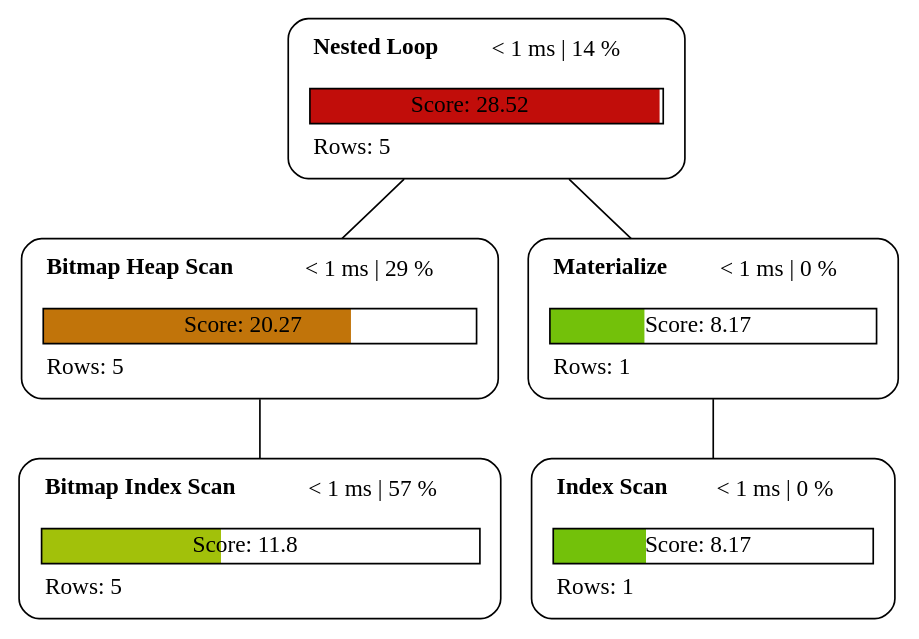
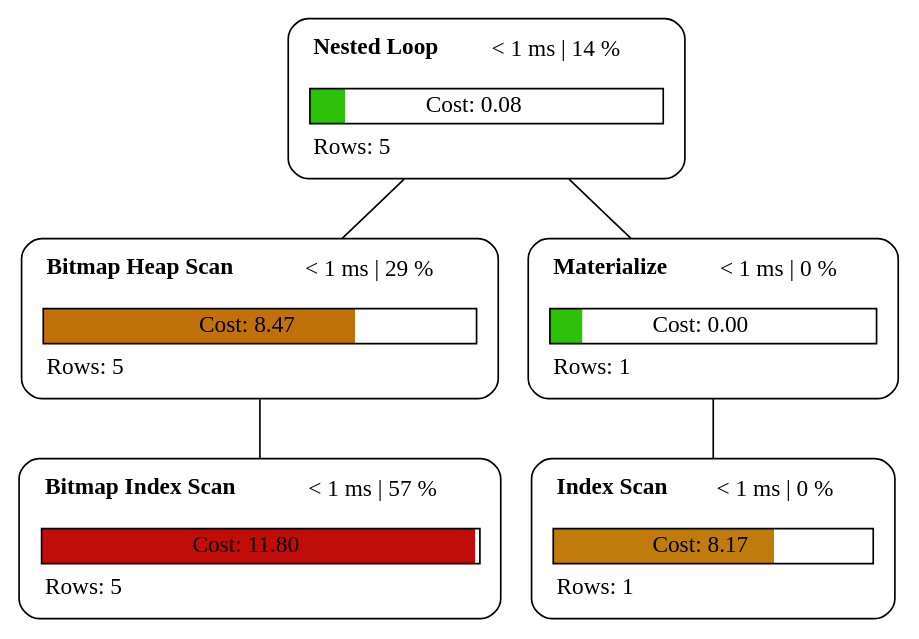
The diagram in examples/plan_1.dot (sanpii/explain), drawn with Graphviz before and after one commit. The commit also changed 16 other files, not shown here.

```diff
--- a/examples/plan_1.dot
+++ b/examples/plan_1.dot
@@ -1,11 +1,11 @@
 graph explain {
-    node0[label=<<table border="0" cellborder="0" cellspacing="5"><tr><td align="left"><b>Nested Loop</b></td><td>&lt; 1 ms | 14 %</td></tr><tr><td colspan="2" align="left"></td></tr><tr><td colspan="2" border="1" bgcolor="#c10d0a;0.99:white">Score: 28.52</td></tr><tr><td colspan="2" align="left">Rows: 5</td></tr></table>>][style="rounded"][shape="box"];
-    node1[label=<<table border="0" cellborder="0" cellspacing="5"><tr><td align="left"><b>Bitmap Heap Scan</b></td><td>&lt; 1 ms | 29 %</td></tr><tr><td colspan="2" align="left"></td></tr><tr><td colspan="2" border="1" bgcolor="#c1740a;0.71:white">Score: 20.27</td></tr><tr><td colspan="2" align="left">Rows: 5</td></tr></table>>][style="rounded"][shape="box"];
-    node2[label=<<table border="0" cellborder="0" cellspacing="5"><tr><td align="left"><b>Bitmap Index Scan</b></td><td>&lt; 1 ms | 57 %</td></tr><tr><td colspan="2" align="left"></td></tr><tr><td colspan="2" border="1" bgcolor="#a2c10a;0.41:white">Score: 11.8</td></tr><tr><td colspan="2" align="left">Rows: 5</td></tr></table>>][style="rounded"][shape="box"];
-    node3[label=<<table border="0" cellborder="0" cellspacing="5"><tr><td align="left"><b>Materialize</b></td><td>&lt; 1 ms | 0 %</td></tr><tr><td colspan="2" align="left"></td></tr><tr><td colspan="2" border="1" bgcolor="#73c10a;0.29:white">Score: 8.17</td></tr><tr><td colspan="2" align="left">Rows: 1</td></tr></table>>][style="rounded"][shape="box"];
-    node4[label=<<table border="0" cellborder="0" cellspacing="5"><tr><td align="left"><b>Index Scan</b></td><td>&lt; 1 ms | 0 %</td></tr><tr><td colspan="2" align="left"></td></tr><tr><td colspan="2" border="1" bgcolor="#73c10a;0.29:white">Score: 8.17</td></tr><tr><td colspan="2" align="left">Rows: 1</td></tr></table>>][style="rounded"][shape="box"];
+    node0[label=<<table border="0" cellborder="0" cellspacing="5"><tr><td align="left"><b>Nested Loop</b></td><td>&lt; 1 ms | 14 %</td></tr><tr><td colspan="2" align="left"></td></tr><tr><td colspan="2" border="1" bgcolor="#2ec10a;0.10:white">Cost: 0.08</td></tr><tr><td colspan="2" align="left">Rows: 5</td></tr></table>>][style="rounded"][shape="box"];
+    node1[label=<<table border="0" cellborder="0" cellspacing="5"><tr><td align="left"><b>Bitmap Heap Scan</b></td><td>&lt; 1 ms | 29 %</td></tr><tr><td colspan="2" align="left"></td></tr><tr><td colspan="2" border="1" bgcolor="#c1710a;0.72:white">Cost: 8.47</td></tr><tr><td colspan="2" align="left">Rows: 5</td></tr></table>>][style="rounded"][shape="box"];
+    node2[label=<<table border="0" cellborder="0" cellspacing="5"><tr><td align="left"><b>Bitmap Index Scan</b></td><td>&lt; 1 ms | 57 %</td></tr><tr><td colspan="2" align="left"></td></tr><tr><td colspan="2" border="1" bgcolor="#c10d0a;0.99:white">Cost: 11.80</td></tr><tr><td colspan="2" align="left">Rows: 5</td></tr></table>>][style="rounded"][shape="box"];
+    node3[label=<<table border="0" cellborder="0" cellspacing="5"><tr><td align="left"><b>Materialize</b></td><td>&lt; 1 ms | 0 %</td></tr><tr><td colspan="2" align="left"></td></tr><tr><td colspan="2" border="1" bgcolor="#2ec10a;0.10:white">Cost: 0.00</td></tr><tr><td colspan="2" align="left">Rows: 1</td></tr></table>>][style="rounded"][shape="box"];
+    node4[label=<<table border="0" cellborder="0" cellspacing="5"><tr><td align="left"><b>Index Scan</b></td><td>&lt; 1 ms | 0 %</td></tr><tr><td colspan="2" align="left"></td></tr><tr><td colspan="2" border="1" bgcolor="#c17b0a;0.69:white">Cost: 8.17</td></tr><tr><td colspan="2" align="left">Rows: 1</td></tr></table>>][style="rounded"][shape="box"];
     node0 -- node1[label=""];
     node1 -- node2[label=""];
     node0 -- node3[label=""];
     node3 -- node4[label=""];
 }
```
